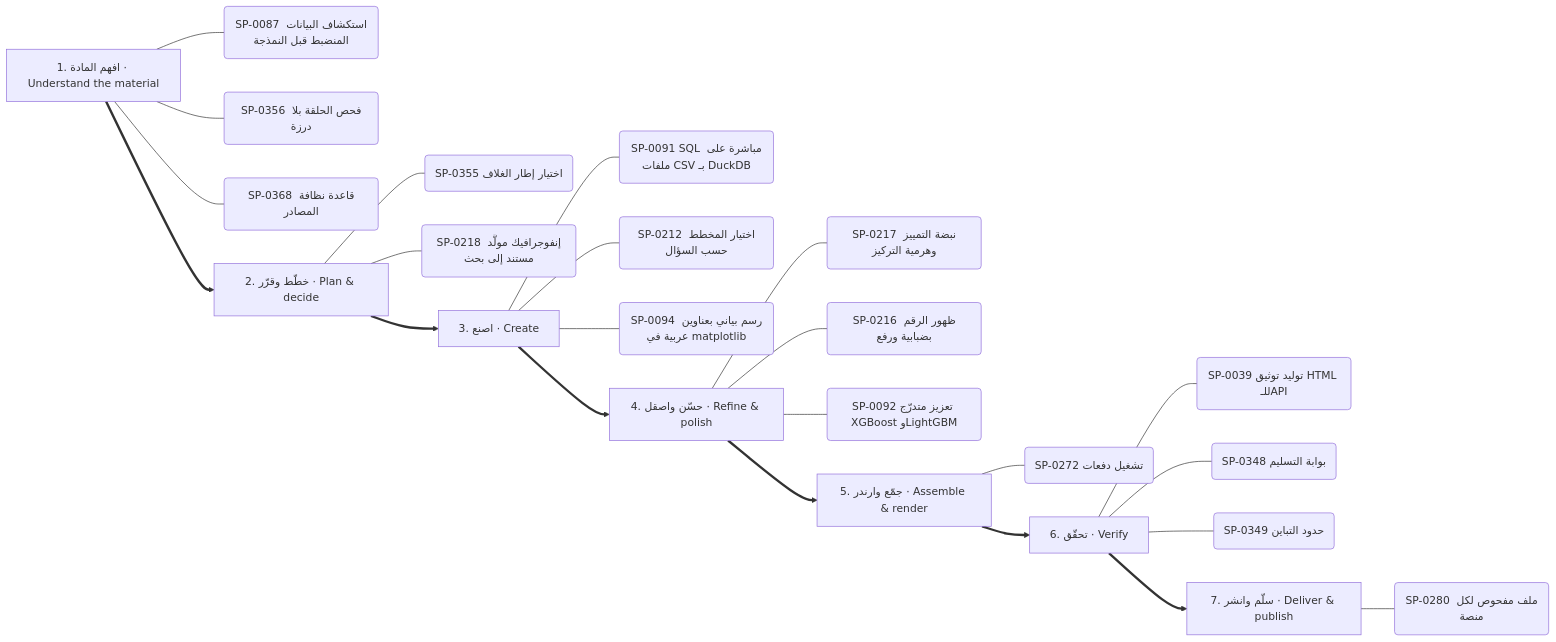
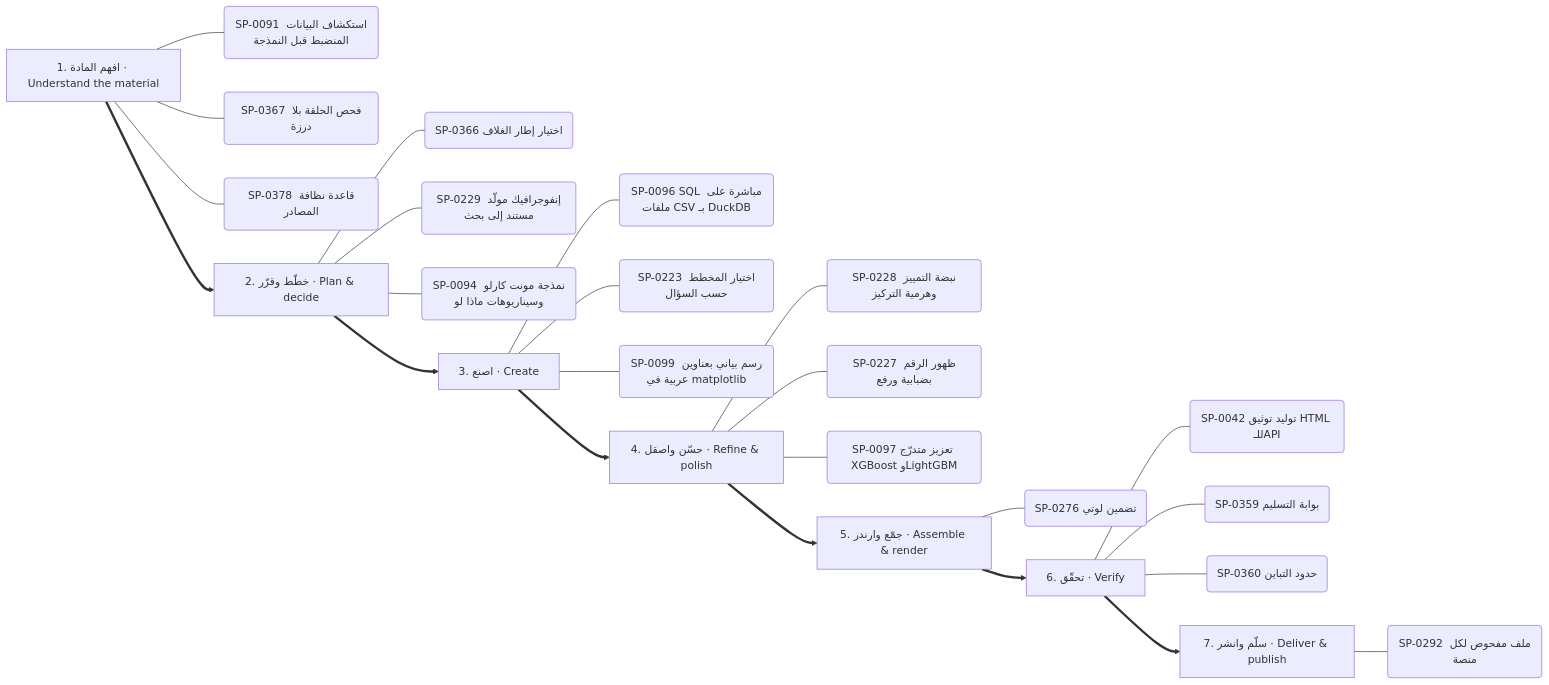
Diagram 12 of 13 in .claude/skills/kosif-superpowers/references/capability-mindmap.md (kosif199022-jpg/kosif-tool), drawn with Mermaid before and after one commit. The commit also changed other lines of this file and 58 other files, not shown here.

````diff
--- a/.claude/skills/kosif-superpowers/references/capability-mindmap.md
+++ b/.claude/skills/kosif-superpowers/references/capability-mindmap.md
@@ -593,32 +597,33 @@
 ```mermaid
 flowchart LR
   S0["1. افهم المادة · Understand the material"]
-  S0 --- S0_0("SP-0087 استكشاف البيانات المنضبط قبل النمذجة")
-  S0 --- S0_1("SP-0356 فحص الحلقة بلا درزة")
-  S0 --- S0_2("SP-0368 قاعدة نظافة المصادر")
+  S0 --- S0_0("SP-0091 استكشاف البيانات المنضبط قبل النمذجة")
+  S0 --- S0_1("SP-0367 فحص الحلقة بلا درزة")
+  S0 --- S0_2("SP-0378 قاعدة نظافة المصادر")
   S1["2. خطّط وقرّر · Plan & decide"]
-  S1 --- S1_0("SP-0355 اختيار إطار الغلاف")
-  S1 --- S1_1("SP-0218 إنفوجرافيك مولَّد مستند إلى بحث")
+  S1 --- S1_0("SP-0366 اختيار إطار الغلاف")
+  S1 --- S1_1("SP-0229 إنفوجرافيك مولَّد مستند إلى بحث")
+  S1 --- S1_2("SP-0094 نمذجة مونت كارلو وسيناريوهات ماذا لو")
   S0 ==> S1
   S2["3. اصنع · Create"]
-  S2 --- S2_0("SP-0091 SQL مباشرة على ملفات CSV بـ DuckDB")
-  S2 --- S2_1("SP-0212 اختيار المخطط حسب السؤال")
-  S2 --- S2_2("SP-0094 رسم بياني بعناوين عربية في matplotlib")
+  S2 --- S2_0("SP-0096 SQL مباشرة على ملفات CSV بـ DuckDB")
+  S2 --- S2_1("SP-0223 اختيار المخطط حسب السؤال")
+  S2 --- S2_2("SP-0099 رسم بياني بعناوين عربية في matplotlib")
   S1 ==> S2
   S3["4. حسّن واصقل · Refine & polish"]
-  S3 --- S3_0("SP-0217 نبضة التمييز وهرمية التركيز")
-  S3 --- S3_1("SP-0216 ظهور الرقم بضبابية ورفع")
-  S3 --- S3_2("SP-0092 تعزيز متدرّج XGBoost وLightGBM")
+  S3 --- S3_0("SP-0228 نبضة التمييز وهرمية التركيز")
+  S3 --- S3_1("SP-0227 ظهور الرقم بضبابية ورفع")
+  S3 --- S3_2("SP-0097 تعزيز متدرّج XGBoost وLightGBM")
   S2 ==> S3
   S4["5. جمّع وارندر · Assemble & render"]
-  S4 --- S4_0("SP-0272 تشغيل دفعات")
+  S4 --- S4_0("SP-0276 تضمين لوتي")
   S3 ==> S4
   S5["6. تحقّق · Verify"]
-  S5 --- S5_0("SP-0039 توليد توثيق HTML للـAPI")
-  S5 --- S5_1("SP-0348 بوابة التسليم")
-  S5 --- S5_2("SP-0349 حدود التباين")
+  S5 --- S5_0("SP-0042 توليد توثيق HTML للـAPI")
+  S5 --- S5_1("SP-0359 بوابة التسليم")
+  S5 --- S5_2("SP-0360 حدود التباين")
   S4 ==> S5
   S6["7. سلّم وانشر · Deliver & publish"]
-  S6 --- S6_0("SP-0280 ملف مفحوص لكل منصة")
+  S6 --- S6_0("SP-0292 ملف مفحوص لكل منصة")
   S5 ==> S6
 ```
````
